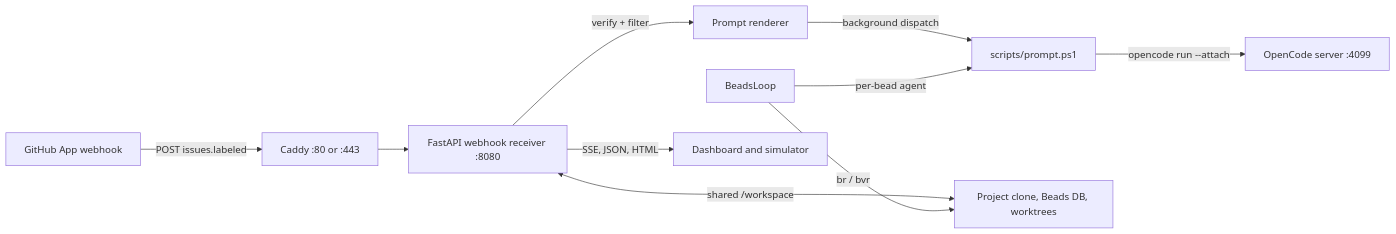
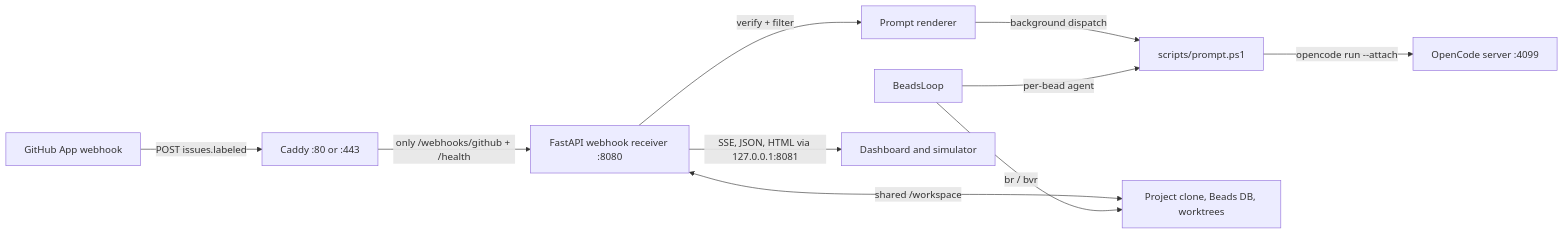
One commit to nam20485/orchestrator-service changed the diagram in droid-wiki/overview/architecture.md. Above: the diagram before and after it, drawn with Mermaid. The commit also changed other lines of this file and 18 other files, not shown here.

First line of the commit message:
docs: record the dashboard local/tailnet-only access model

````diff
--- a/droid-wiki/overview/architecture.md
+++ b/droid-wiki/overview/architecture.md
@@ -7,12 +7,12 @@
 ```mermaid
 graph LR
     GitHub[GitHub App webhook] -->|POST issues.labeled| Caddy
-    Caddy[Caddy :80 or :443] --> Receiver[FastAPI webhook receiver :8080]
+    Caddy[Caddy :80 or :443] -->|"only /webhooks/github + /health"| Receiver[FastAPI webhook receiver :8080]
     Receiver -->|verify + filter| Prompt[Prompt renderer]
     Prompt -->|background dispatch| Launcher[scripts/prompt.ps1]
     Launcher -->|opencode run --attach| OpenCode[OpenCode server :4099]
     Receiver <-->|shared /workspace| Workspace[Project clone, Beads DB, worktrees]
     Beads[BeadsLoop] -->|br / bvr| Workspace
     Beads -->|per-bead agent| Launcher
-    Receiver -->|SSE, JSON, HTML| Dashboard[Dashboard and simulator]
+    Receiver -->|"SSE, JSON, HTML via 127.0.0.1:8081"| Dashboard[Dashboard and simulator]
 ```
````
